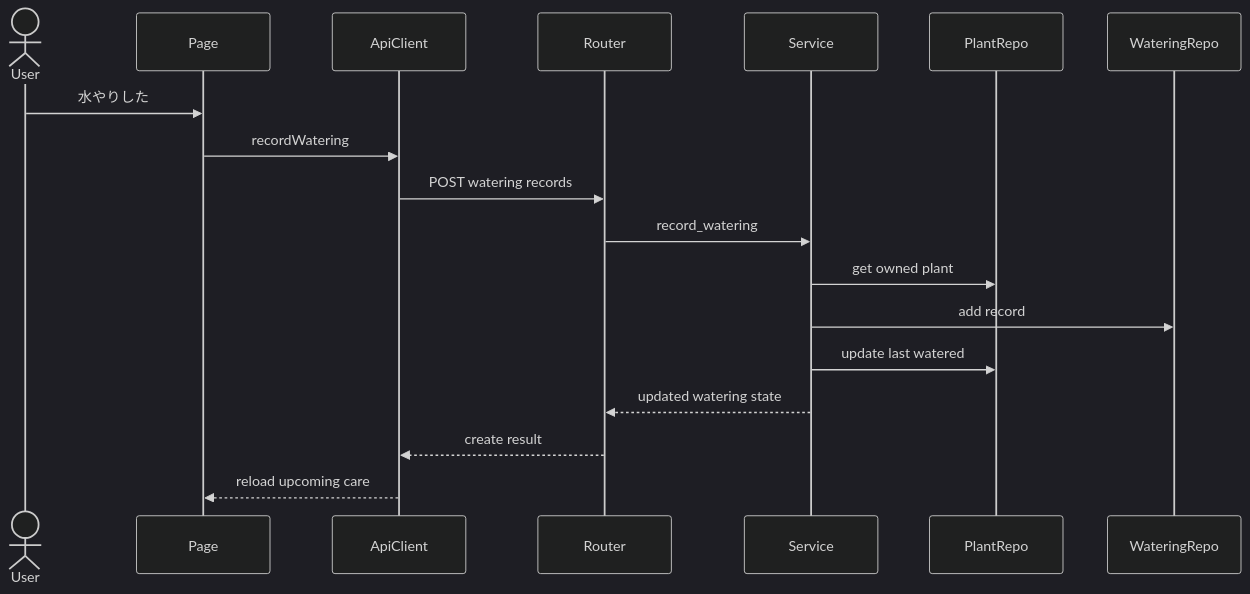
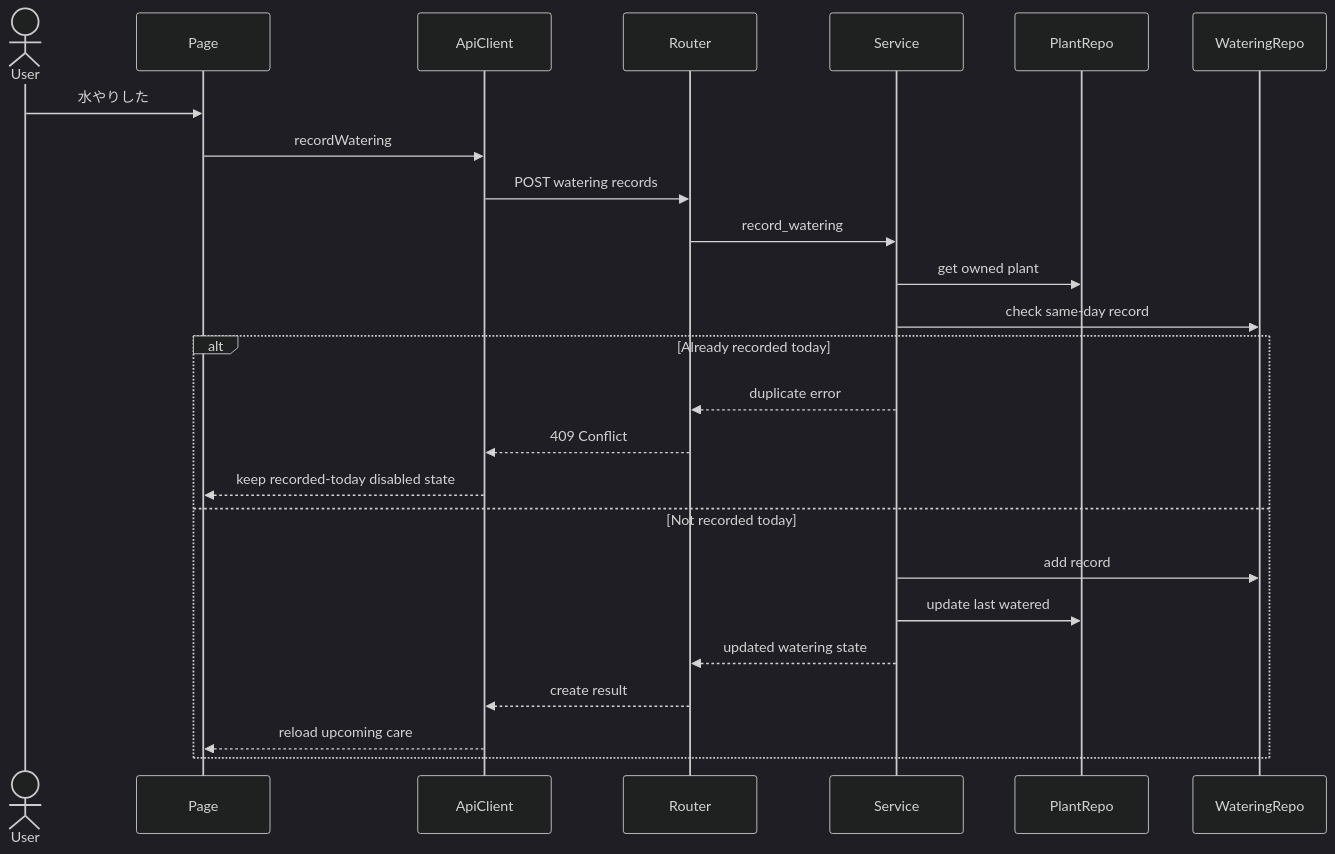
The third of 3 diagrams in .kiro/specs/plant-watering-care/design.md (atoook/green-log), drawn with Mermaid (dark theme) before and after one commit. The commit also changed other lines of this file and 3 other files, not shown here.

Commit message:
docs: add watering same-day guard spec follow-up

````diff
--- a/.kiro/specs/plant-watering-care/design.md
+++ b/.kiro/specs/plant-watering-care/design.md
@@ -164,20 +167,27 @@
 ```mermaid
 sequenceDiagram
     actor User
     participant Page
     participant ApiClient
     participant Router
     participant Service
     participant PlantRepo
     participant WateringRepo
     User->>Page: 水やりした
     Page->>ApiClient: recordWatering
     ApiClient->>Router: POST watering records
     Router->>Service: record_watering
     Service->>PlantRepo: get owned plant
+    Service->>WateringRepo: check same-day record
+    alt Already recorded today
+        Service-->>Router: duplicate error
+        Router-->>ApiClient: 409 Conflict
+        ApiClient-->>Page: keep recorded-today disabled state
+    else Not recorded today
     Service->>WateringRepo: add record
     Service->>PlantRepo: update last watered
     Service-->>Router: updated watering state
     Router-->>ApiClient: create result
     ApiClient-->>Page: reload upcoming care
+    end
 ```
````
